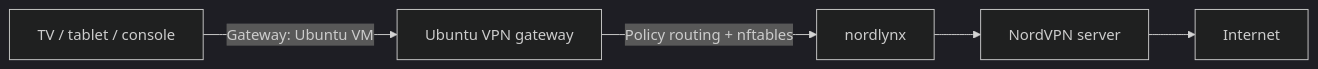
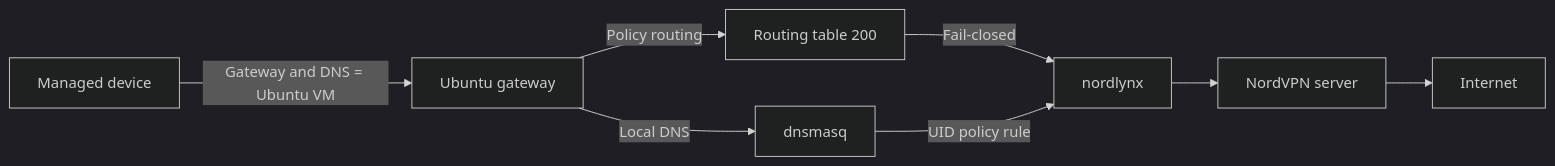
The diagram in README.md (vdionisopoulos/nordvpn-linux-gateway-panel), drawn with Mermaid (dark theme) before and after one commit. The commit also changed other lines of this file and 23 other files, not shown here.

First line of the commit message:
Release v0.3.0: reliability, health monitoring and fail-closed DNS

````diff
--- a/README.md
+++ b/README.md
@@ -23,7 +20,10 @@
 ```mermaid
 flowchart LR
-    D[TV / tablet / console] -->|Gateway: Ubuntu VM| V[Ubuntu VPN gateway]
-    V -->|Policy routing + nftables| N[nordlynx]
+    D[Managed device] -->|Gateway and DNS = Ubuntu VM| V[Ubuntu gateway]
+    V -->|Policy routing| R[Routing table 200]
+    V -->|Local DNS| DNS[dnsmasq]
+    R -->|Fail-closed| N[nordlynx]
+    DNS -->|UID policy rule| N
     N --> S[NordVPN server]
     S --> I[Internet]
 ```
````
